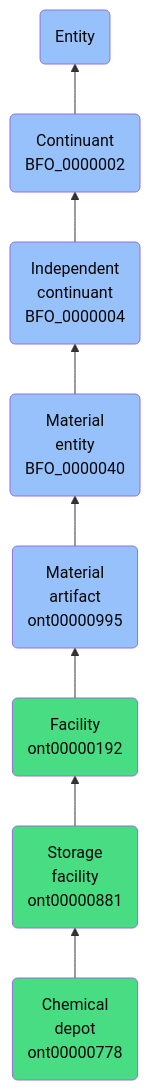
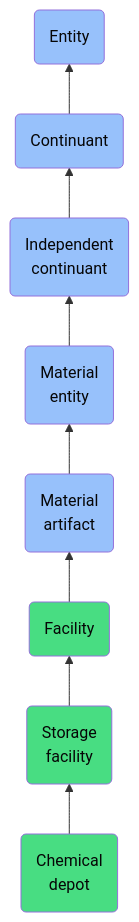
Before and after one commit to jupyter-naas/abi: the diagram in docs/ontology/reference/model/Entity/Continuant/Independent continuant/Material entity/Material artifact/Facility/Storage facility/Chemical depot/Chemical depot.md, drawn with Mermaid. The commit also changed other lines of this file and 1430 other files, not shown here.

````diff
--- a/docs/ontology/reference/model/Entity/Continuant/Independent continuant/Material entity/Material artifact/Facility/Storage facility/Chemical depot/Chemical depot.md
+++ b/docs/ontology/reference/model/Entity/Continuant/Independent continuant/Material entity/Material artifact/Facility/Storage facility/Chemical depot/Chemical depot.md
@@ -24,15 +24,15 @@
 ```mermaid
 graph BT
-    ont00000778(Chemical<br>depot<br>ont00000778):::ABI-->ont00000881
-    ont00000881(Storage<br>facility<br>ont00000881):::ABI-->ont00000192
-    ont00000192(Facility<br>ont00000192):::ABI-->ont00000995
-    ont00000995(Material<br>artifact<br>ont00000995):::BFO-->BFO_0000040
-    BFO_0000040(Material<br>entity<br>BFO_0000040):::BFO-->BFO_0000004
-    BFO_0000004(Independent<br>continuant<br>BFO_0000004):::BFO-->BFO_0000002
-    BFO_0000002(Continuant<br>BFO_0000002):::BFO-->BFO_0000001
+    ont00000778(Chemical<br>depot):::ABI-->ont00000881
+    ont00000881(Storage<br>facility):::ABI-->ont00000192
+    ont00000192(Facility):::ABI-->ont00000995
+    ont00000995(Material<br>artifact):::BFO-->BFO_0000040
+    BFO_0000040(Material<br>entity):::BFO-->BFO_0000004
+    BFO_0000004(Independent<br>continuant):::BFO-->BFO_0000002
+    BFO_0000002(Continuant):::BFO-->BFO_0000001
     BFO_0000001(Entity):::BFO
     
     classDef BFO fill:#97c1fb,color:#060606
     classDef CCO fill:#e4c51e,color:#060606
     classDef ABI fill:#48DD82,color:#060606
 ```
````
